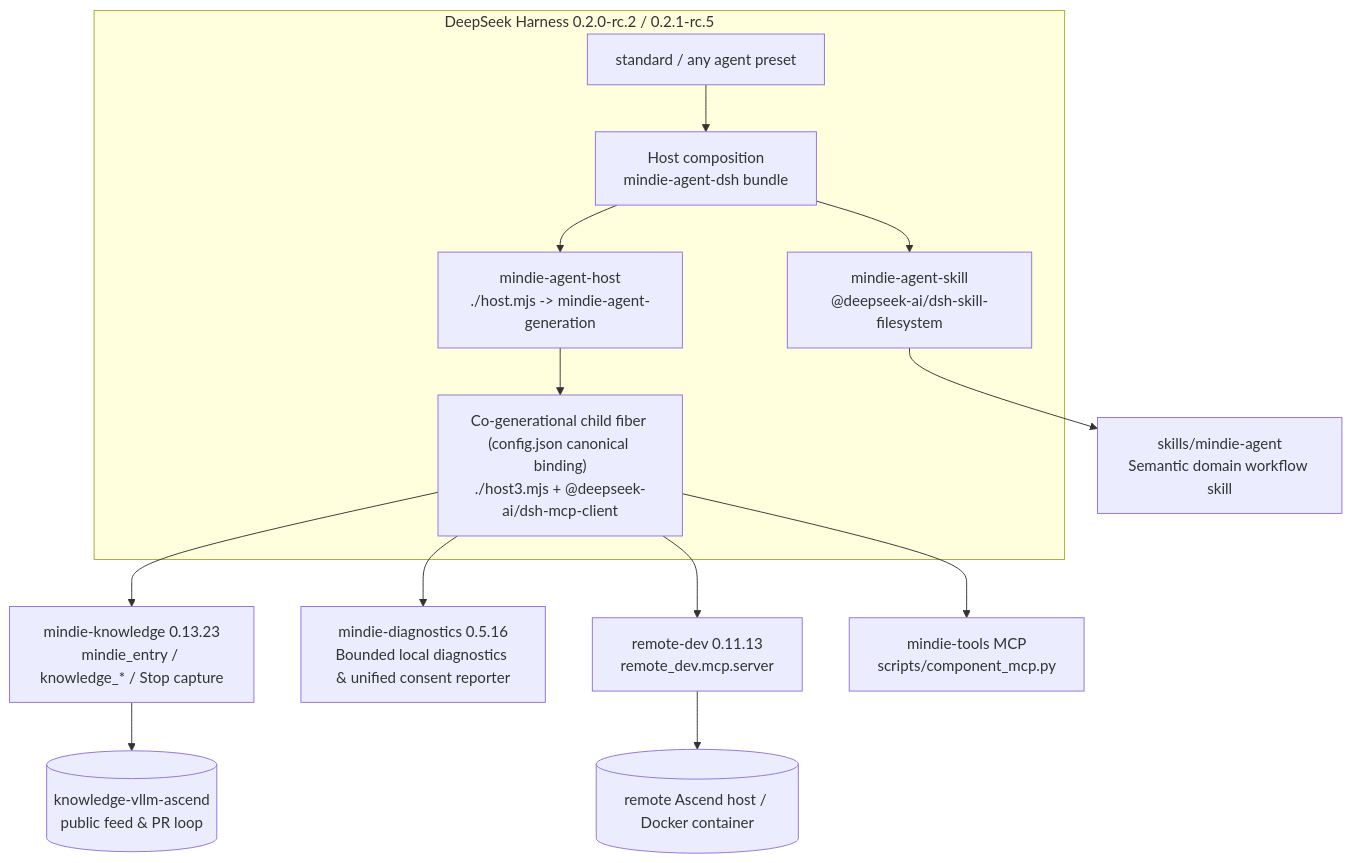
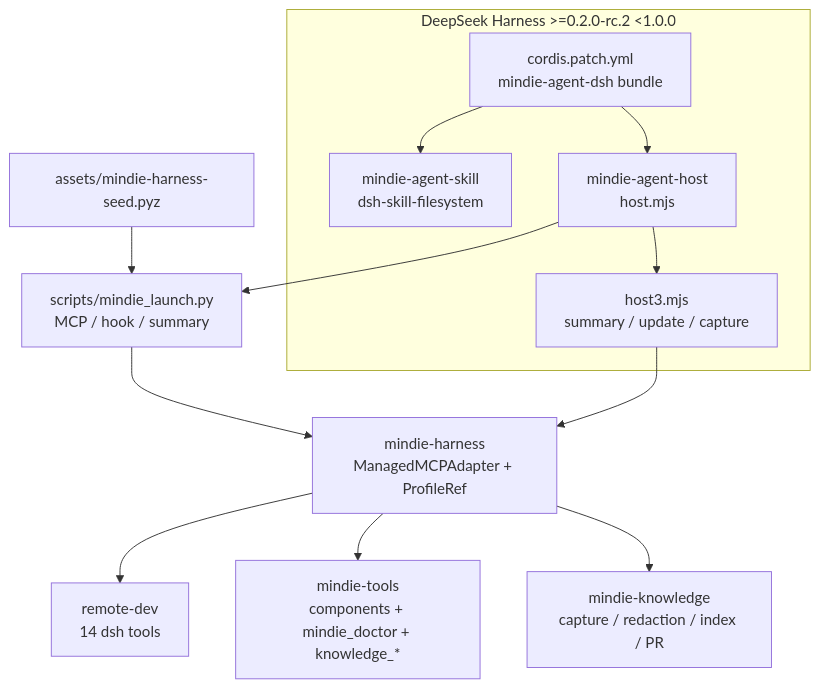
Before and after one commit to mindie-agent/mindie-agent-dsh: the diagram in README.en.md, drawn with Mermaid. The commit also changed other lines of this file and 111 other files, not shown here.

First line of the commit message:
feat(ux): Great Subtraction thin host plugin, 1:1 remote profile, and 3-tier privacy (v0.1.26) (#56)

````diff
--- a/README.en.md
+++ b/README.en.md
@@ -168,21 +99,19 @@
 ```mermaid
 flowchart TB
-  subgraph DSH["DeepSeek Harness 0.2.0-rc.2 / 0.2.1-rc.5"]
-    HOST["Host composition<br/>mindie-agent-dsh bundle"]
-    STD["standard / any agent preset"]
-    SKILL["mindie-agent-skill<br/>@deepseek-ai/dsh-skill-filesystem"]
-    HPLUG["mindie-agent-host<br/>./host.mjs -> mindie-agent-generation"]
-    GEN["Co-generational child fiber (config.json canonical binding)<br/>./host3.mjs + @deepseek-ai/dsh-mcp-client"]
-    STD --> HOST
-    HOST --> SKILL
-    HOST --> HPLUG
-    HPLUG --> GEN
+  subgraph DSH["DeepSeek Harness >=0.2.0-rc.2 <1.0.0"]
+    BUNDLE["cordis.patch.yml<br/>mindie-agent-dsh bundle"]
+    SKILL["mindie-agent-skill<br/>dsh-skill-filesystem"]
+    HOST["mindie-agent-host<br/>host.mjs"]
+    GEN["host3.mjs<br/>summary / update / capture"]
+    BUNDLE --> SKILL
+    BUNDLE --> HOST
+    HOST --> GEN
   end
-  SKILL --> SK["skills/mindie-agent<br/>Semantic domain workflow skill"]
-  GEN --> KS["mindie-knowledge 0.13.23<br/>mindie_entry / knowledge_* / Stop capture"]
-  GEN --> DIAG["mindie-diagnostics 0.5.16<br/>Bounded local diagnostics & unified consent reporter"]
-  KS --> FEED[("knowledge-vllm-ascend<br/>public feed & PR loop")]
-  GEN --> RD["remote-dev 0.11.13<br/>remote_dev.mcp.server"]
-  GEN --> MT["mindie-tools MCP<br/>scripts/component_mcp.py"]
-  RD --> NPU[("remote Ascend host / Docker container")]
+  HOST --> LAUNCH["scripts/mindie_launch.py<br/>MCP / hook / summary"]
+  LAUNCH --> HARNESS["mindie-harness<br/>ManagedMCPAdapter + ProfileRef"]
+  GEN --> HARNESS
+  HARNESS --> RD["remote-dev<br/>14 dsh tools"]
+  HARNESS --> MT["mindie-tools<br/>components + mindie_doctor + knowledge_*"]
+  HARNESS --> KS["mindie-knowledge<br/>capture / redaction / index / PR"]
+  SEED["assets/mindie-harness-seed.pyz"] --> LAUNCH
 ```
````
